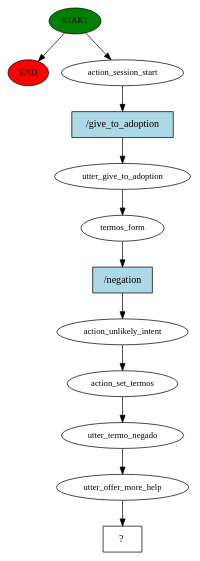
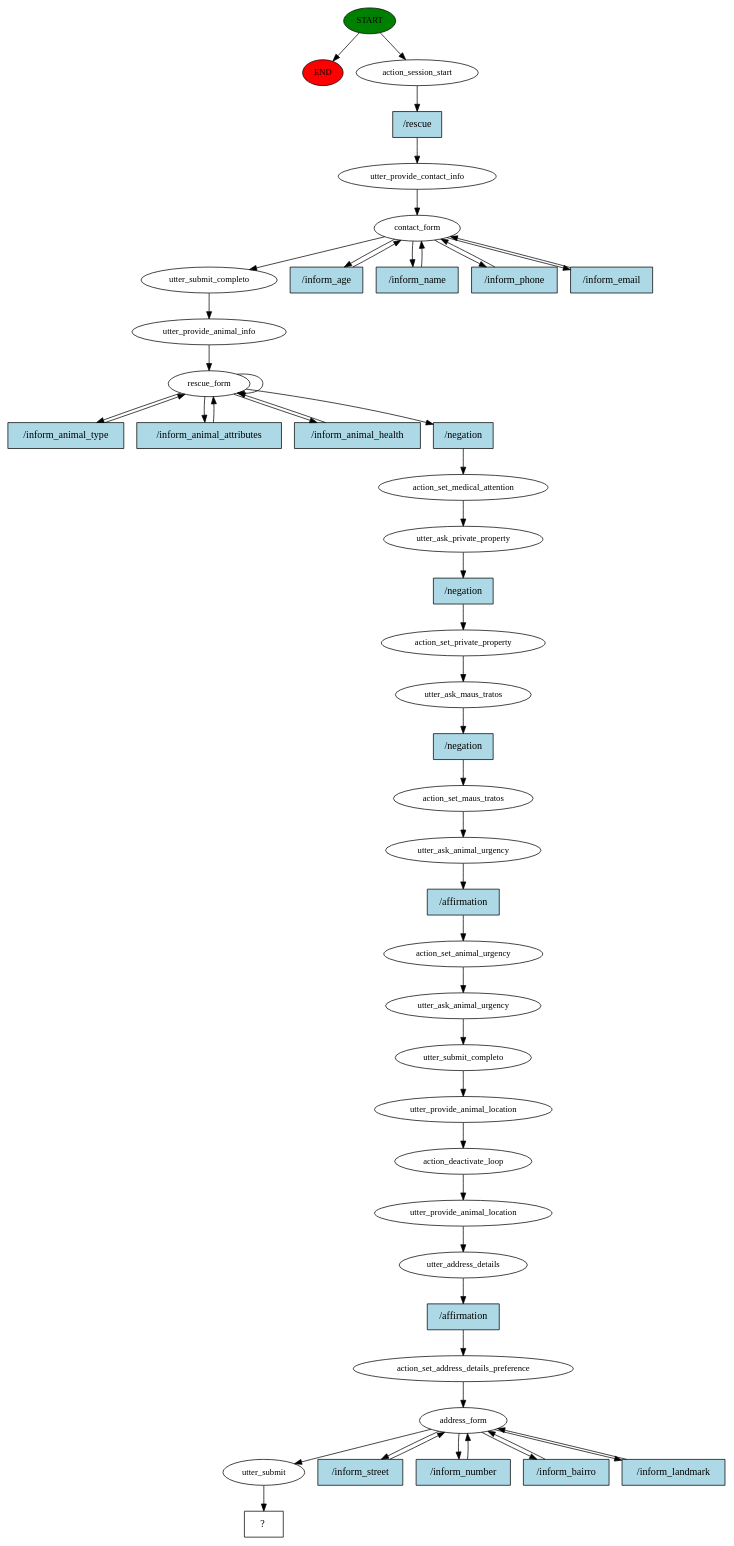
Before and after one commit to mercurioLino/av-daap: the diagram in story_graph.dot, drawn with Graphviz. The commit also changed 8 other files, not shown here.

```diff
--- a/story_graph.dot
+++ b/story_graph.dot
@@ -1,25 +1,97 @@
 digraph  {
 0 [class="start active", fillcolor=green, fontsize=12, label=START, style=filled];
 "-1" [class=end, fillcolor=red, fontsize=12, label=END, style=filled];
 1 [class=active, fontsize=12, label=action_session_start];
-2 [class=active, fontsize=12, label=utter_give_to_adoption];
-3 [class=active, fontsize=12, label=termos_form];
-4 [class=active, fontsize=12, label=action_unlikely_intent];
-5 [class=active, fontsize=12, label=action_set_termos];
-6 [class=active, fontsize=12, label=utter_termo_negado];
-7 [class=active, fontsize=12, label=utter_offer_more_help];
-8 [class="intent dashed active", label="  ?  ", shape=rect];
-9 [class="intent active", fillcolor=lightblue, label="/give_to_adoption", shape=rect, style=filled];
-10 [class="intent active", fillcolor=lightblue, label="/negation", shape=rect, style=filled];
+2 [class=active, fontsize=12, label=utter_provide_contact_info];
+3 [class=active, fontsize=12, label=contact_form];
+8 [class=active, fontsize=12, label=utter_submit_completo];
+9 [class=active, fontsize=12, label=utter_provide_animal_info];
+10 [class=active, fontsize=12, label=rescue_form];
+18 [class=active, fontsize=12, label=action_set_medical_attention];
+19 [class=active, fontsize=12, label=utter_ask_private_property];
+20 [class=active, fontsize=12, label=action_set_private_property];
+21 [class=active, fontsize=12, label=utter_ask_maus_tratos];
+22 [class=active, fontsize=12, label=action_set_maus_tratos];
+23 [class=active, fontsize=12, label=utter_ask_animal_urgency];
+24 [class=active, fontsize=12, label=action_set_animal_urgency];
+25 [class=active, fontsize=12, label=utter_ask_animal_urgency];
+26 [class=active, fontsize=12, label=utter_submit_completo];
+27 [class=active, fontsize=12, label=utter_provide_animal_location];
+28 [class=active, fontsize=12, label=action_deactivate_loop];
+29 [class=active, fontsize=12, label=utter_provide_animal_location];
+30 [class=active, fontsize=12, label=utter_address_details];
+31 [class=active, fontsize=12, label=action_set_address_details_preference];
+32 [class=active, fontsize=12, label=address_form];
+37 [class=active, fontsize=12, label=utter_submit];
+38 [class="intent dashed active", label="  ?  ", shape=rect];
+39 [class="intent active", fillcolor=lightblue, label="/rescue", shape=rect, style=filled];
+40 [class="intent active", fillcolor=lightblue, label="/inform_age", shape=rect, style=filled];
+41 [class="intent active", fillcolor=lightblue, label="/inform_name", shape=rect, style=filled];
+42 [class="intent active", fillcolor=lightblue, label="/inform_phone", shape=rect, style=filled];
+43 [class="intent active", fillcolor=lightblue, label="/inform_email", shape=rect, style=filled];
+44 [class="intent active", fillcolor=lightblue, label="/inform_animal_type", shape=rect, style=filled];
+45 [class="intent active", fillcolor=lightblue, label="/inform_animal_attributes", shape=rect, style=filled];
+46 [class="intent active", fillcolor=lightblue, label="/inform_animal_health", shape=rect, style=filled];
+47 [class="intent active", fillcolor=lightblue, label="/negation", shape=rect, style=filled];
+48 [class="intent active", fillcolor=lightblue, label="/negation", shape=rect, style=filled];
+49 [class="intent active", fillcolor=lightblue, label="/negation", shape=rect, style=filled];
+50 [class="intent active", fillcolor=lightblue, label="/affirmation", shape=rect, style=filled];
+51 [class="intent active", fillcolor=lightblue, label="/affirmation", shape=rect, style=filled];
+52 [class="intent active", fillcolor=lightblue, label="/inform_street", shape=rect, style=filled];
+53 [class="intent active", fillcolor=lightblue, label="/inform_number", shape=rect, style=filled];
+54 [class="intent active", fillcolor=lightblue, label="/inform_bairro", shape=rect, style=filled];
+55 [class="intent active", fillcolor=lightblue, label="/inform_landmark", shape=rect, style=filled];
 0 -> "-1"  [class="", key=NONE, label=""];
 0 -> 1  [class=active, key=NONE, label=""];
-1 -> 9  [class=active, key=0];
+1 -> 39  [class=active, key=0];
 2 -> 3  [class=active, key=NONE, label=""];
-3 -> 10  [class=active, key=0];
-4 -> 5  [class=active, key=NONE, label=""];
-5 -> 6  [class=active, key=NONE, label=""];
-6 -> 7  [class=active, key=NONE, label=""];
-7 -> 8  [class=active, key=NONE, label=""];
-9 -> 2  [class=active, key=0];
-10 -> 4  [class=active, key=0];
+3 -> 8  [class=active, key=NONE, label=""];
+3 -> 40  [class=active, key=0];
+3 -> 41  [class=active, key=0];
+3 -> 42  [class=active, key=0];
+3 -> 43  [class=active, key=0];
+8 -> 9  [class=active, key=NONE, label=""];
+9 -> 10  [class=active, key=NONE, label=""];
+10 -> 10  [class=active, key=NONE, label=""];
+10 -> 44  [class=active, key=0];
+10 -> 45  [class=active, key=0];
+10 -> 46  [class=active, key=0];
+10 -> 47  [class=active, key=0];
+18 -> 19  [class=active, key=NONE, label=""];
+19 -> 48  [class=active, key=0];
+20 -> 21  [class=active, key=NONE, label=""];
+21 -> 49  [class=active, key=0];
+22 -> 23  [class=active, key=NONE, label=""];
+23 -> 50  [class=active, key=0];
+24 -> 25  [class=active, key=NONE, label=""];
+25 -> 26  [class=active, key=NONE, label=""];
+26 -> 27  [class=active, key=NONE, label=""];
+27 -> 28  [class=active, key=NONE, label=""];
+28 -> 29  [class=active, key=NONE, label=""];
+29 -> 30  [class=active, key=NONE, label=""];
+30 -> 51  [class=active, key=0];
+31 -> 32  [class=active, key=NONE, label=""];
+32 -> 37  [class=active, key=NONE, label=""];
+32 -> 52  [class=active, key=0];
+32 -> 53  [class=active, key=0];
+32 -> 54  [class=active, key=0];
+32 -> 55  [class=active, key=0];
+37 -> 38  [class=active, key=NONE, label=""];
+39 -> 2  [class=active, key=0];
+40 -> 3  [class=active, key=0];
+41 -> 3  [class=active, key=0];
+42 -> 3  [class=active, key=0];
+43 -> 3  [class=active, key=0];
+44 -> 10  [class=active, key=0];
+45 -> 10  [class=active, key=0];
+46 -> 10  [class=active, key=0];
+47 -> 18  [class=active, key=0];
+48 -> 20  [class=active, key=0];
+49 -> 22  [class=active, key=0];
+50 -> 24  [class=active, key=0];
+51 -> 31  [class=active, key=0];
+52 -> 32  [class=active, key=0];
+53 -> 32  [class=active, key=0];
+54 -> 32  [class=active, key=0];
+55 -> 32  [class=active, key=0];
 }
```
